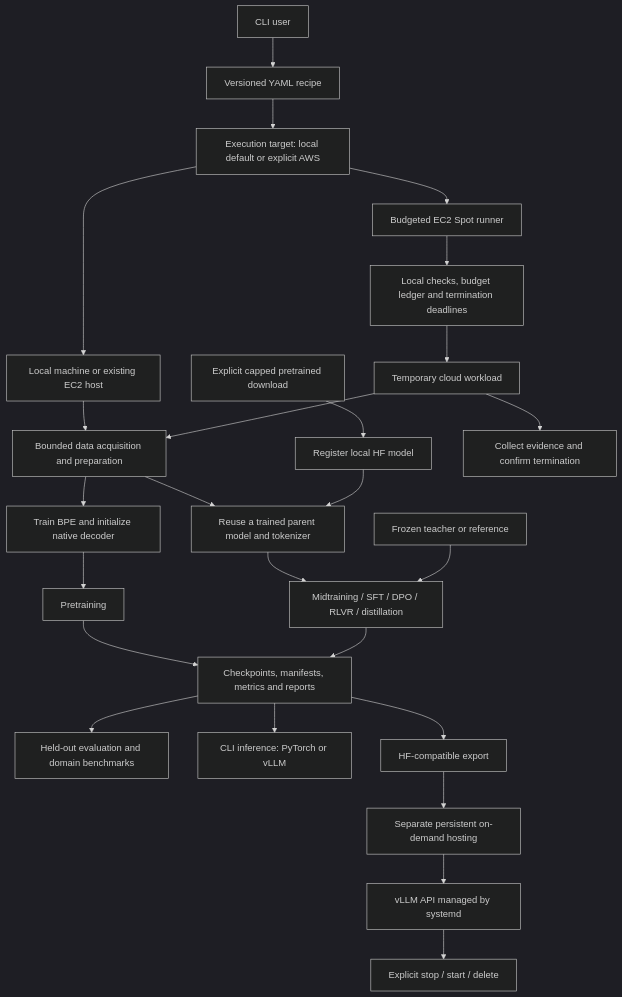
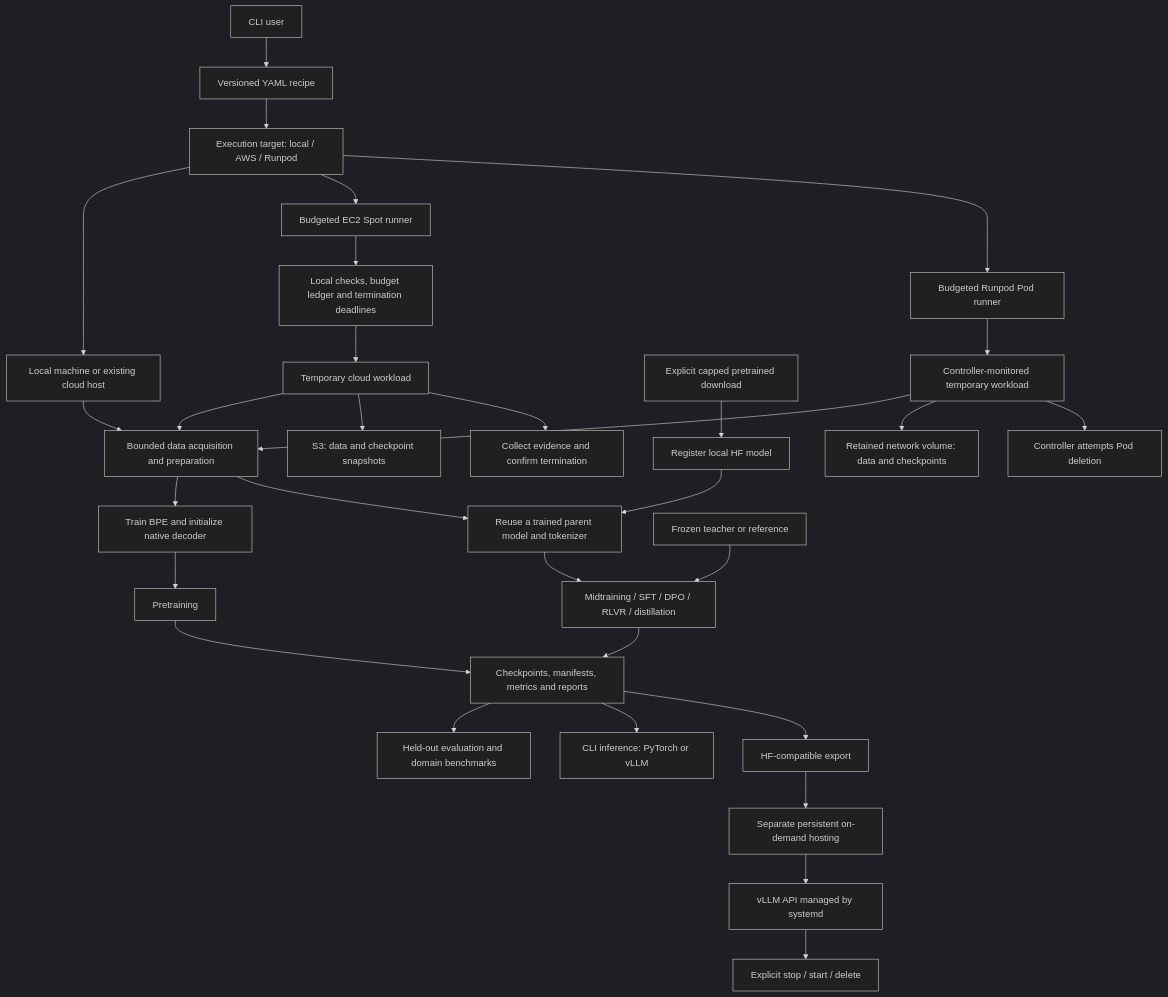
One commit to ashaytamhane/modelchef changed the first of 2 diagrams in README.md. Above: the diagram before and after it, drawn with Mermaid (dark theme). The commit also changed other lines of this file and 2 other files, not shown here.

Commit message:
Balance local AWS and Runpod execution documentation

````diff
--- a/README.md
+++ b/README.md
@@ -354,27 +357,33 @@
 ```mermaid
 flowchart TD
     User[CLI user] --> Recipe[Versioned YAML recipe]
-    Recipe --> Target[Execution target: local default or explicit AWS]
-    Target --> Local[Local machine or existing EC2 host]
+    Recipe --> Target[Execution target: local / AWS / Runpod]
+    Target --> Local[Local machine or existing cloud host]
     Target --> AWS[Budgeted EC2 Spot runner]
+    Target --> Runpod[Budgeted Runpod Pod runner]
+    Runpod --> Pod[Controller-monitored temporary workload]
+    Pod --> Data
+    Pod --> Volume[Retained network volume: data and checkpoints]
+    Pod --> PodCleanup[Controller attempts Pod deletion]
     Local --> Data[Bounded data acquisition and preparation]
     Data --> Scratch[Train BPE and initialize native decoder]
     Data --> Parent[Reuse a trained parent model and tokenizer]
     Download[Explicit capped pretrained download] --> Import[Register local HF model]
     Import --> Parent
     Scratch --> Train[Pretraining]
     Parent --> Stages[Midtraining / SFT / DPO / RLVR / distillation]
     Teacher[Frozen teacher or reference] --> Stages
     Train --> Outputs[Checkpoints, manifests, metrics and reports]
     Stages --> Outputs
     Outputs --> Eval[Held-out evaluation and domain benchmarks]
     Outputs --> Chat[CLI inference: PyTorch or vLLM]
     Outputs --> Export[HF-compatible export]
     AWS --> Guard[Local checks, budget ledger and termination deadlines]
     Guard --> Cloud[Temporary cloud workload]
     Cloud --> Data
+    Cloud --> Recovery[S3: data and checkpoint snapshots]
     Cloud --> Cleanup[Collect evidence and confirm termination]
     Export --> Hosting[Separate persistent on-demand hosting]
     Hosting --> API[vLLM API managed by systemd]
     API --> Explicit[Explicit stop / start / delete]
 ```
````
